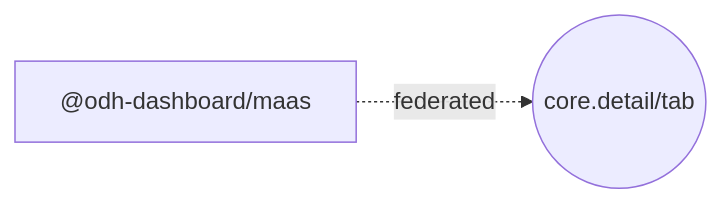
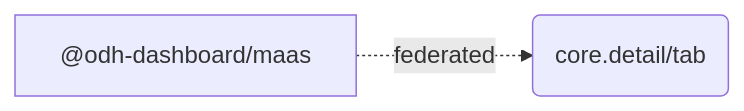
Before and after one commit to mturley/odh-dashboard: the second of 3 diagrams in packages/maas/docs/extensions.md, drawn with Mermaid. The commit also changed other lines of this file and 24 other files, not shown here.

````diff
--- a/packages/maas/docs/extensions.md
+++ b/packages/maas/docs/extensions.md
@@ -49,6 +49,6 @@
 ```mermaid
 flowchart LR
   pkg_n__odh_dashboard_maas_4903a0["@odh-dashboard/maas"]
-  point_n_core_detail_tab_1d8ba9(("core.detail/tab"))
+  point_n_core_detail_tab_1d8ba9("core.detail/tab")
   pkg_n__odh_dashboard_maas_4903a0 -. "federated" .-> point_n_core_detail_tab_1d8ba9
 ```
````
